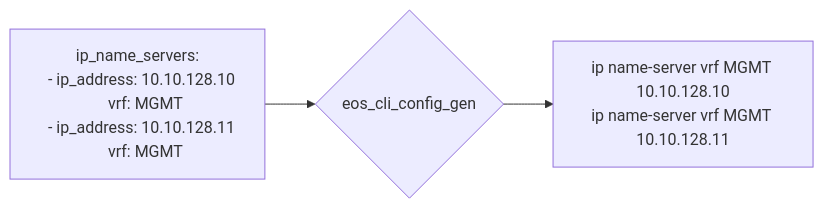
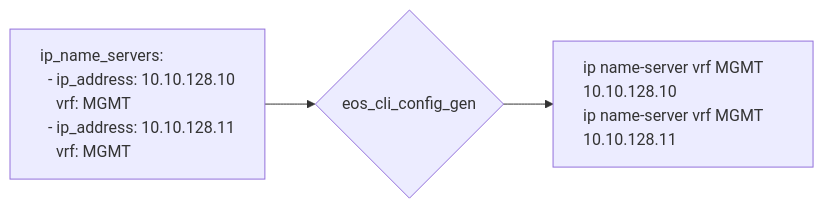
The eighth of 8 diagrams in docs/getting-started/avd-usage-patterns.md (aristanetworks/avd), drawn with Mermaid before and after one commit. The commit also changed other lines of this file, not shown here.

````diff
--- a/docs/getting-started/avd-usage-patterns.md
+++ b/docs/getting-started/avd-usage-patterns.md
@@ -52,5 +331,8 @@
 ```mermaid
 graph LR
     A["ip_name_servers:<br/>&nbsp;&nbsp;- ip_address: 10.10.128.10<br/>&nbsp;&nbsp;&nbsp;&nbsp;vrf: MGMT<br/>&nbsp;&nbsp;- ip_address: 10.10.128.11<br/>&nbsp;&nbsp;&nbsp;&nbsp;vrf: MGMT"] --> B{eos_cli_config_gen}
     B --> C["ip name-server vrf MGMT 10.10.128.10<br/>ip name-server vrf MGMT 10.10.128.11"]
+
+    style A text-align:left
+    style C text-align:left
 ```
````
